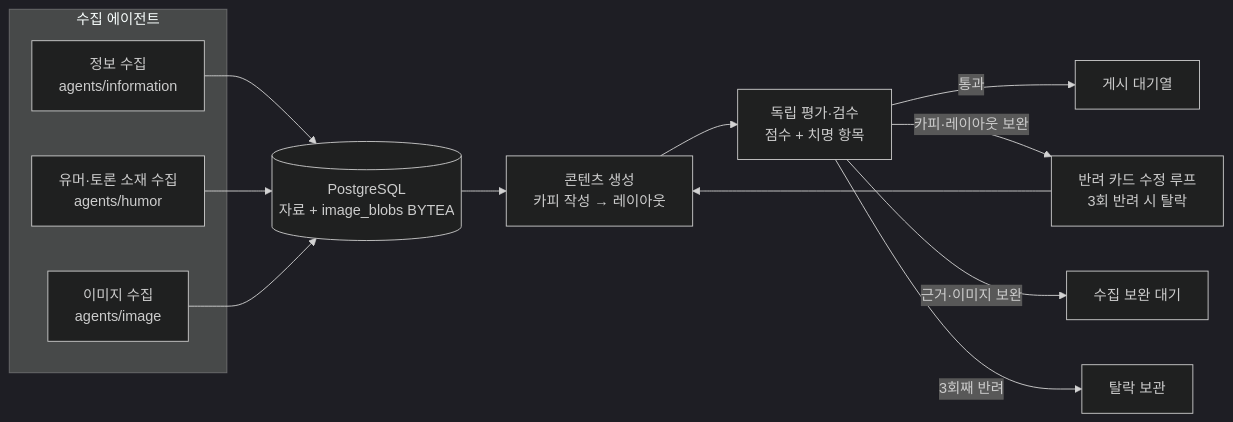
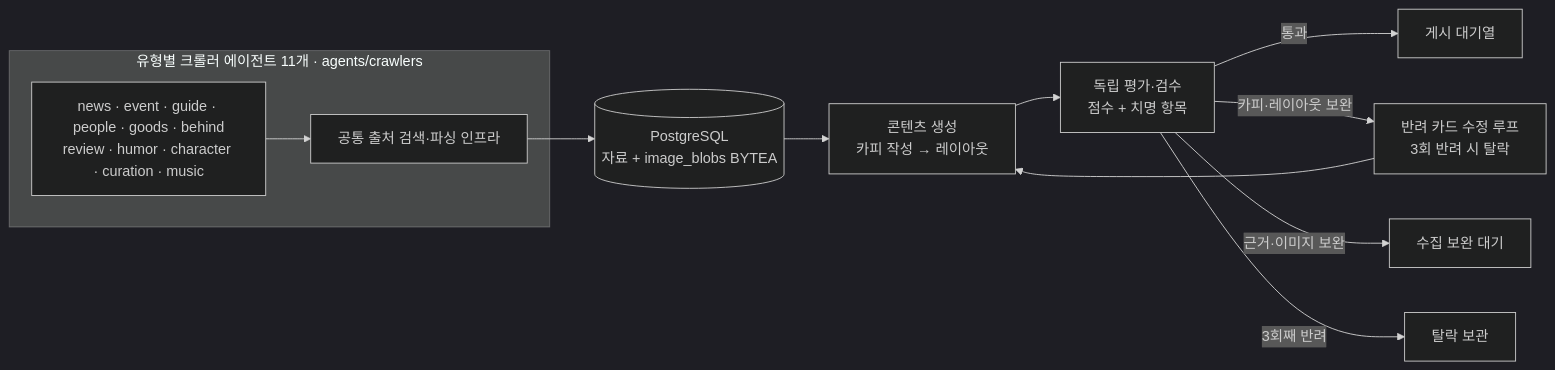
The diagram in agents/ani_me;nu/src/ani_menu_agent/agents/README.md (Por0ri/me-and-nu), drawn with Mermaid (dark theme) before and after one commit. The commit also changed other lines of this file and 99 other files, not shown here.

````diff
--- a/agents/ani_me;nu/src/ani_menu_agent/agents/README.md
+++ b/agents/ani_me;nu/src/ani_menu_agent/agents/README.md
@@ -5,23 +5,21 @@
 ```mermaid
 flowchart LR
-  subgraph C[수집 에이전트]
-    I[정보 수집\nagents/information]
-    H[유머·토론 소재 수집\nagents/humor]
-    M[이미지 수집\nagents/image]
+  subgraph C[유형별 크롤러 에이전트 11개 · agents/crawlers]
+    TYPE[news · event · guide · people · goods · behind\nreview · humor · character · curation · music]
+    COLLECT[공통 출처 검색·파싱 인프라]
+    TYPE --> COLLECT
   end
   DB[(PostgreSQL\n자료 + image_blobs BYTEA)]
   G[콘텐츠 생성\n카피 작성 → 레이아웃]
   R[독립 평가·검수\n점수 + 치명 항목]
   FEED[게시 대기열]
   FIX[반려 카드 수정 루프\n3회 반려 시 탈락]
   CRAWL[수집 보완 대기]
   ARCHIVE[탈락 보관]
-  I --> DB
-  H --> DB
-  M --> DB
+  COLLECT --> DB
   DB --> G --> R
   R -->|통과| FEED
   R -->|카피·레이아웃 보완| FIX --> G
   R -->|근거·이미지 보완| CRAWL
   R -->|3회째 반려| ARCHIVE
 ```
````
